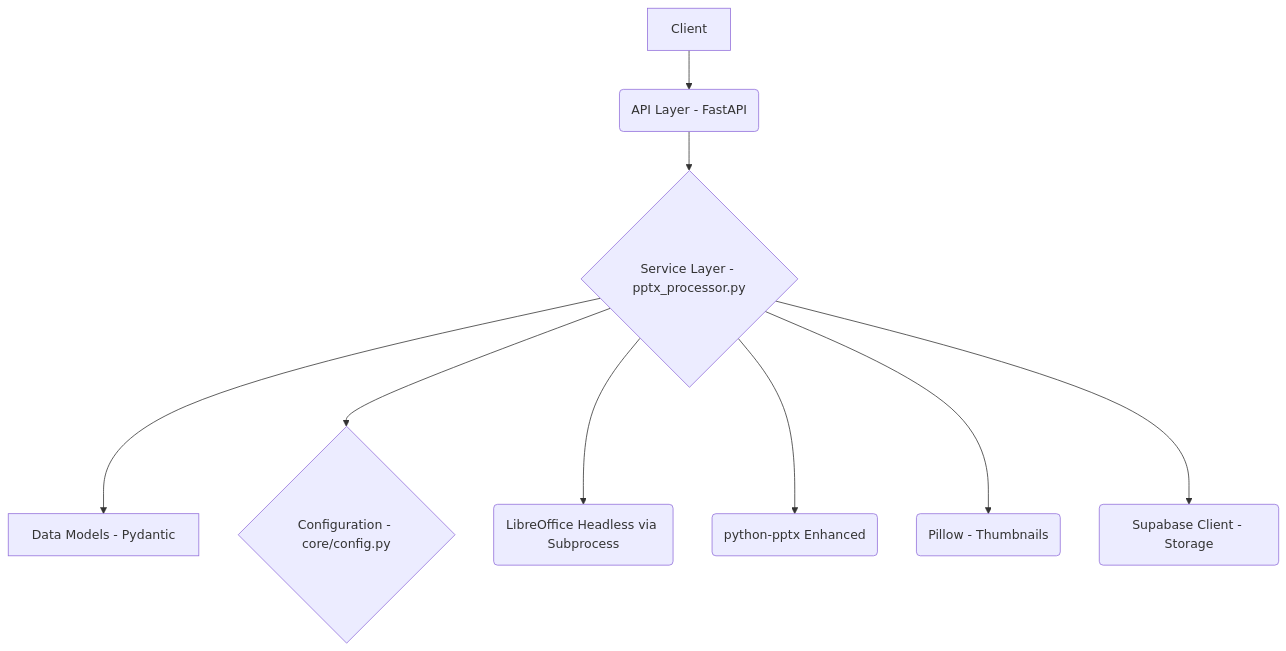
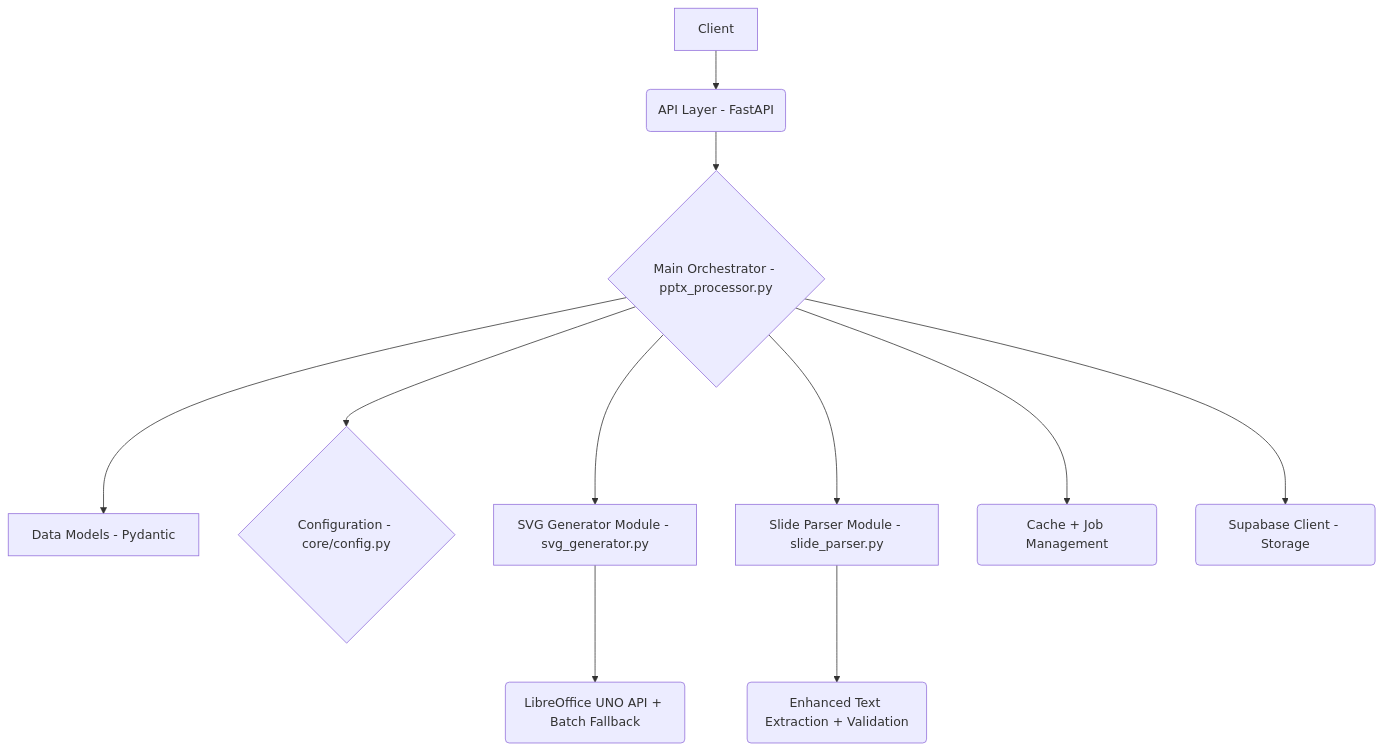
One commit to OmkarKirpan/pptxTrans changed the first of 2 diagrams in services/pptx-processor/memory-bank/systemPatterns.md. Above: the diagram before and after it, drawn with Mermaid. The commit also changed other lines of this file and 11 other files, not shown here.

First line of the commit message:
Enhance PPTX Processor Service with modular architecture and improved SVG generation

````diff
--- a/services/pptx-processor/memory-bank/systemPatterns.md
+++ b/services/pptx-processor/memory-bank/systemPatterns.md
@@ -7,11 +7,13 @@
 ```mermaid
 graph TD
     A[Client] --> B(API Layer - FastAPI)
-    B --> C{Service Layer - pptx_processor.py}
+    B --> C{Main Orchestrator - pptx_processor.py}
     C --> D[Data Models - Pydantic]
     C --> E{Configuration - core/config.py}
-    C --> F(LibreOffice Headless via Subprocess)
-    C --> G(python-pptx Enhanced)
-    C --> H(Pillow - Thumbnails)
-    C --> I(Supabase Client - Storage)
+    C --> F[SVG Generator Module - svg_generator.py]
+    C --> G[Slide Parser Module - slide_parser.py]
+    F --> H(LibreOffice UNO API + Batch Fallback)
+    G --> I(Enhanced Text Extraction + Validation)
+    C --> J(Cache + Job Management)
+    C --> K(Supabase Client - Storage)
 ```
````
